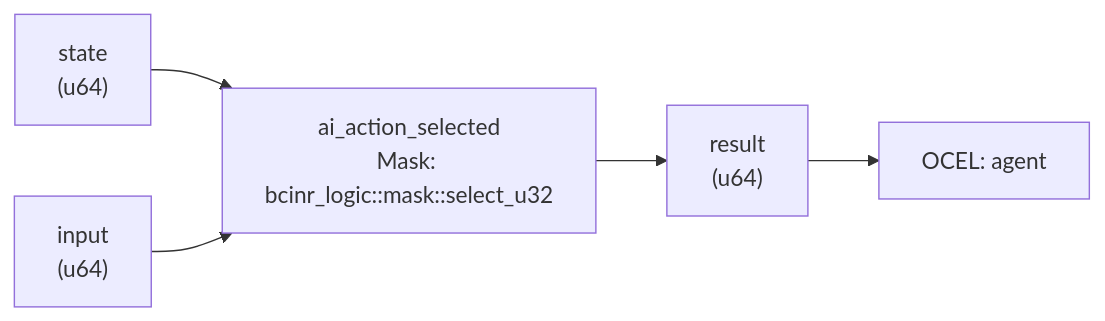
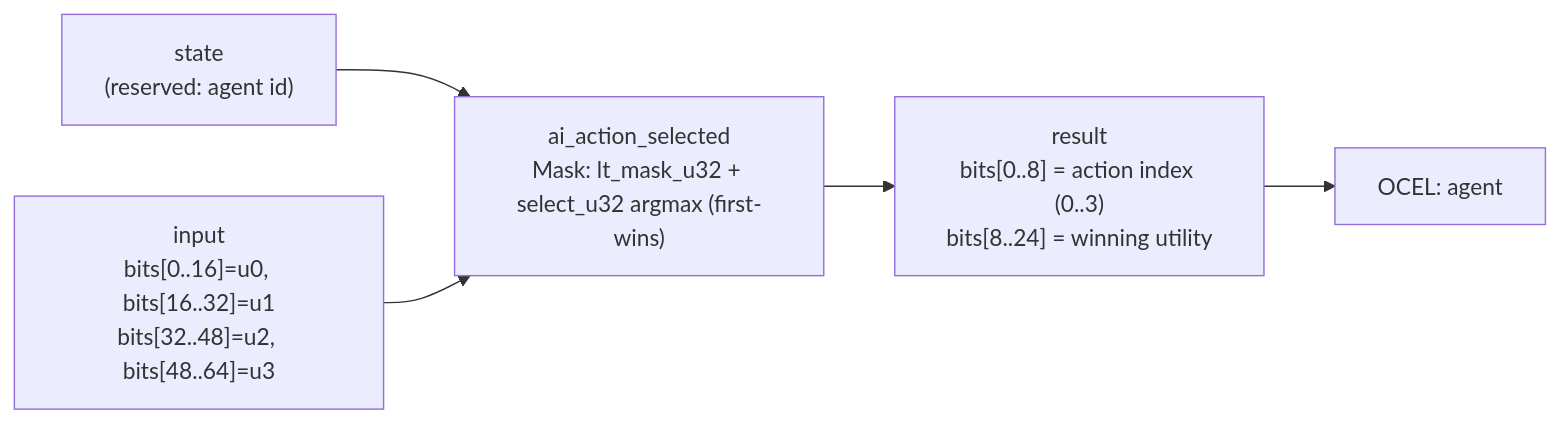
One commit to seanchatmangpt/bcinr changed the diagram in crates/wasm4games/docs/patterns/ai_action_selected.md. Above: the diagram before and after it, drawn with Mermaid. The commit also changed other lines of this file and 20 other files, not shown here.

````diff
--- a/crates/wasm4games/docs/patterns/ai_action_selected.md
+++ b/crates/wasm4games/docs/patterns/ai_action_selected.md
@@ -56,12 +38,12 @@
 ```mermaid
 graph LR
-    state["state\n(u64)"]
-    input["input\n(u64)"]
-    kernel["ai_action_selected\nMask: bcinr_logic::mask::select_u32"]
-    result["result\n(u64)"]
+    state["state\n(reserved: agent id)"]
+    input["input\nbits[0..16]=u0, bits[16..32]=u1\nbits[32..48]=u2, bits[48..64]=u3"]
+    kernel["ai_action_selected\nMask: lt_mask_u32 + select_u32 argmax (first-wins)"]
+    result["result\nbits[0..8] = action index (0..3)\nbits[8..24] = winning utility"]
     state --> kernel
     input --> kernel
     kernel --> result
     ocel_0["OCEL: agent"]
     result --> ocel_0
 ```
````
